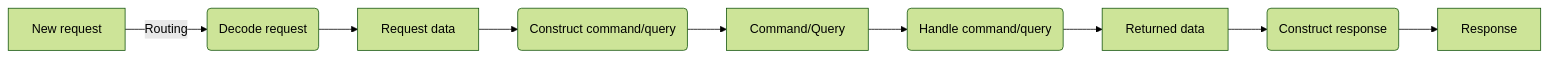
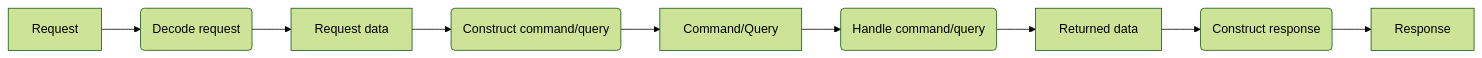
Before and after one commit to digital-craftsman-de/cqs-routing: the diagram in README.md, drawn with Mermaid (forest theme).

Commit message:
Remove routing

````diff
--- a/README.md
+++ b/README.md
@@ -80,11 +80,11 @@
 ```mermaid
 graph LR;
-    A[New request] --> |Routing| B(Decode request);
+    A[Request] --> B(Decode request);
     B --> C[Request data];
     C --> D(Construct command/query);
     D --> E[Command/Query];
     E --> F(Handle command/query);
     F --> G[Returned data];
     G --> H(Construct response);
     H --> I[Response];
 ```
````
